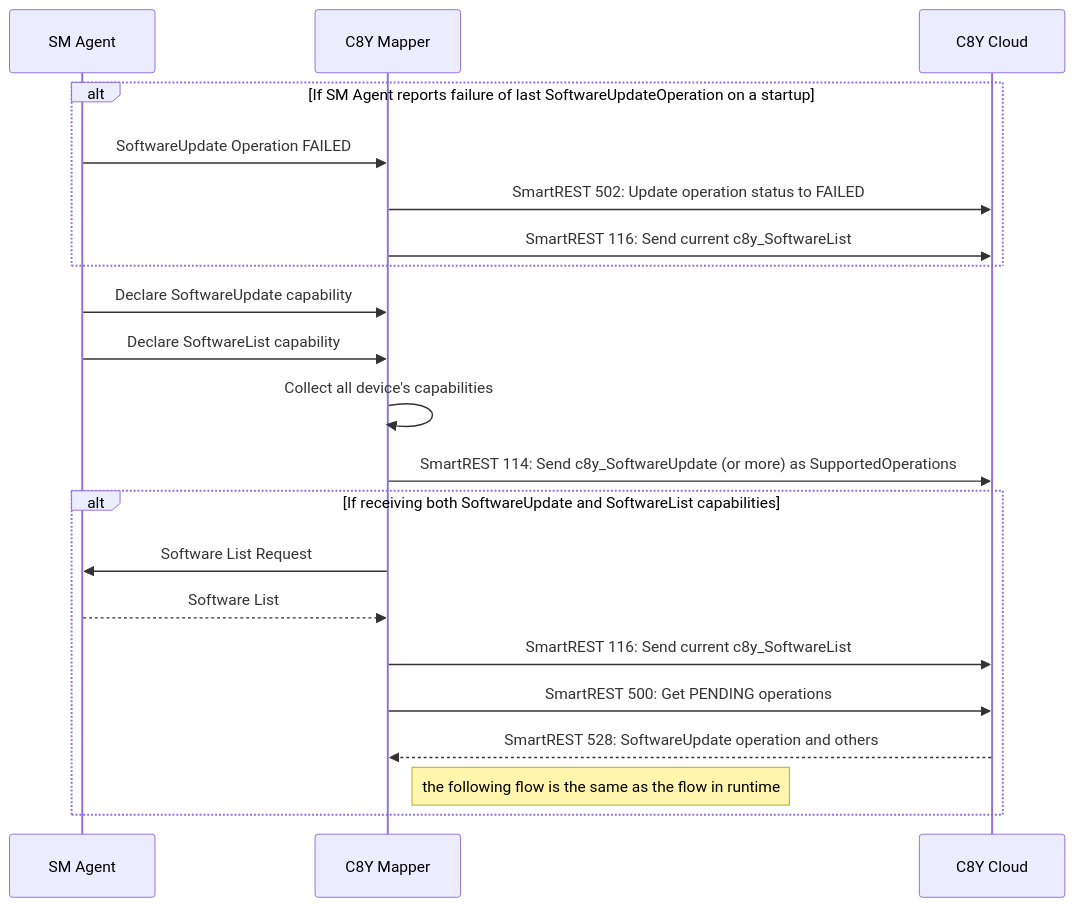
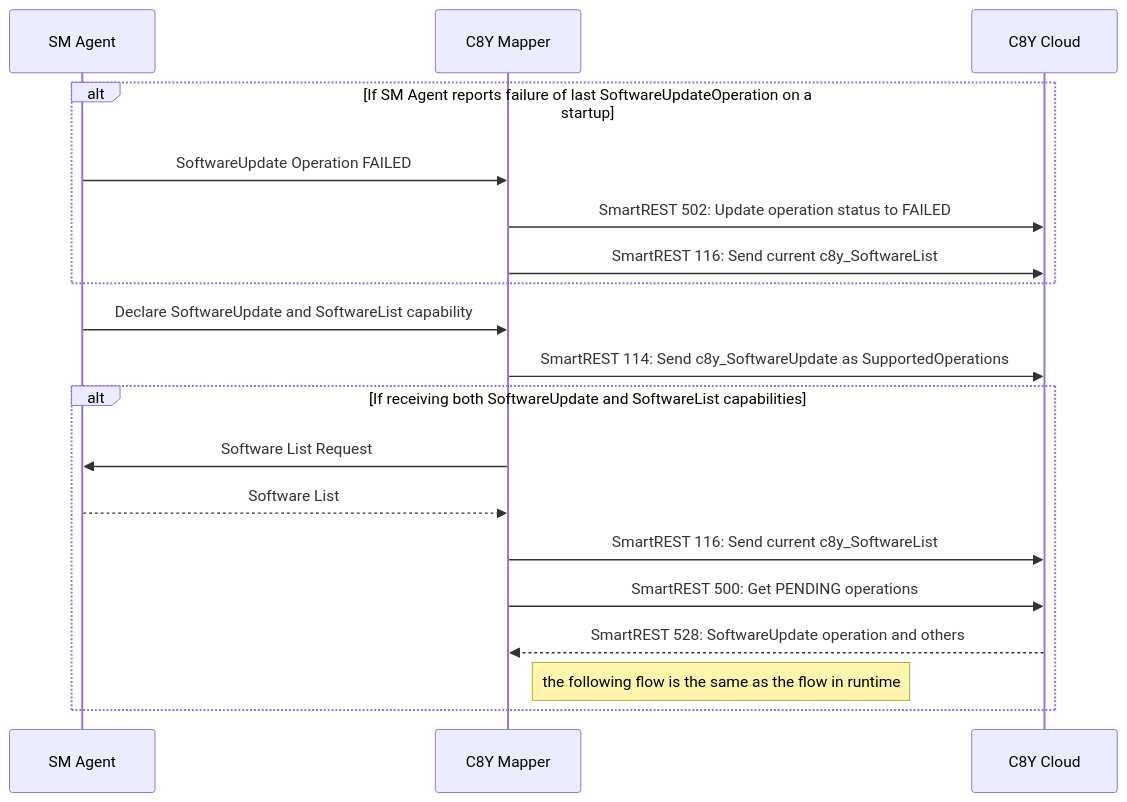
One commit to thin-edge/thin-edge.io-specs changed the first of 2 diagrams in src/software-management/c8y-mapper-operation-handling.md. Above: the diagram before and after it, drawn with Mermaid.

Commit message:
combined all capabilities into one message

````diff
--- a/src/software-management/c8y-mapper-operation-handling.md
+++ b/src/software-management/c8y-mapper-operation-handling.md
@@ -12,27 +12,25 @@
 ```mermaid
 sequenceDiagram
     participant SM Agent
     participant C8Y Mapper
     participant C8Y Cloud
 
     alt If SM Agent reports failure of last SoftwareUpdateOperation on a startup
       SM Agent ->> C8Y Mapper: SoftwareUpdate Operation FAILED
       C8Y Mapper ->> C8Y Cloud: SmartREST 502: Update operation status to FAILED
       C8Y Mapper ->> C8Y Cloud: SmartREST 116: Send current c8y_SoftwareList
     end
 
-    SM Agent ->> C8Y Mapper: Declare SoftwareUpdate capability
-    SM Agent ->> C8Y Mapper: Declare SoftwareList capability
-    C8Y Mapper ->> C8Y Mapper: Collect all device's capabilities
-    C8Y Mapper ->> C8Y Cloud: SmartREST 114: Send c8y_SoftwareUpdate (or more) as SupportedOperations
+    SM Agent ->> C8Y Mapper: Declare SoftwareUpdate and SoftwareList capability
+    C8Y Mapper ->> C8Y Cloud: SmartREST 114: Send c8y_SoftwareUpdate as SupportedOperations
     
     alt If receiving both SoftwareUpdate and SoftwareList capabilities
       C8Y Mapper ->> SM Agent: Software List Request
       SM Agent -->> C8Y Mapper: Software List
       C8Y Mapper ->> C8Y Cloud: SmartREST 116: Send current c8y_SoftwareList
       
       C8Y Mapper ->> C8Y Cloud: SmartREST 500: Get PENDING operations
       C8Y Cloud -->> C8Y Mapper: SmartREST 528: SoftwareUpdate operation and others
       Note right of C8Y Mapper: the following flow is the same as the flow in runtime
     end
 ```
````
